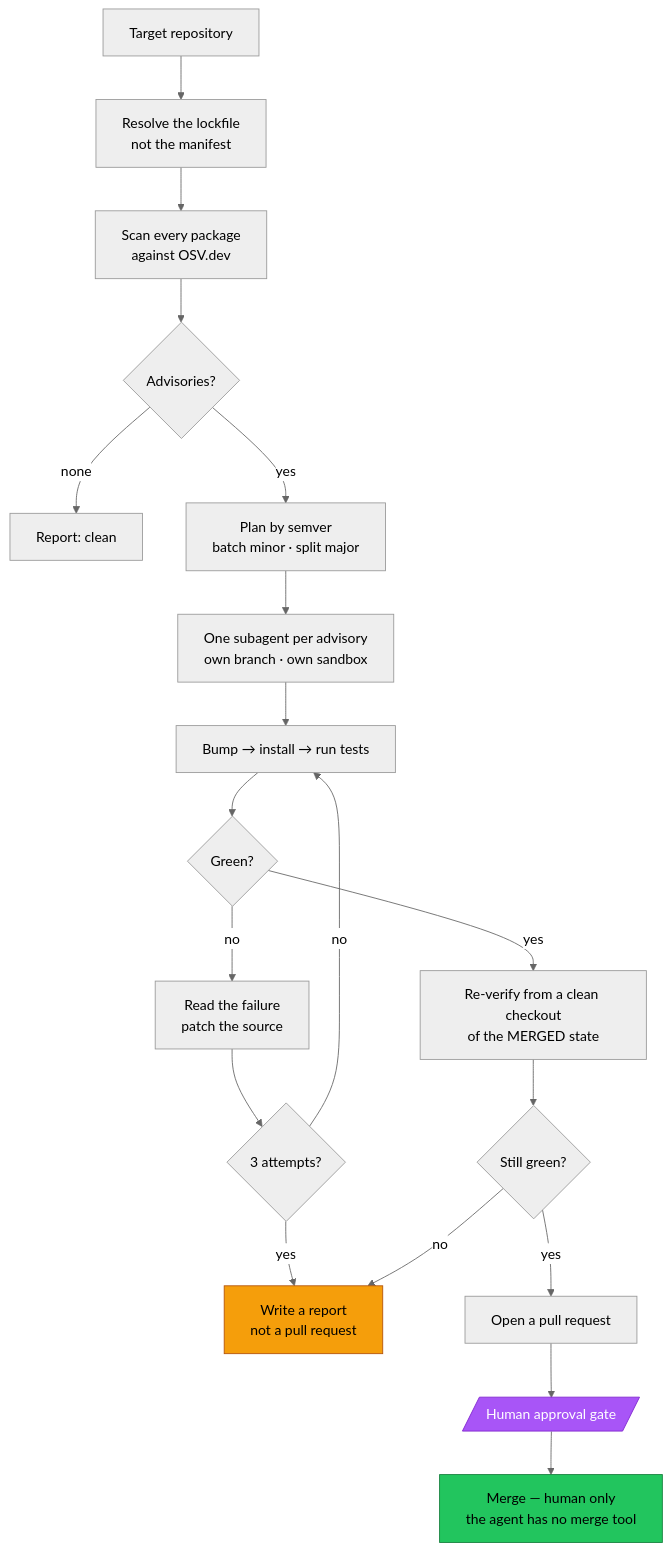
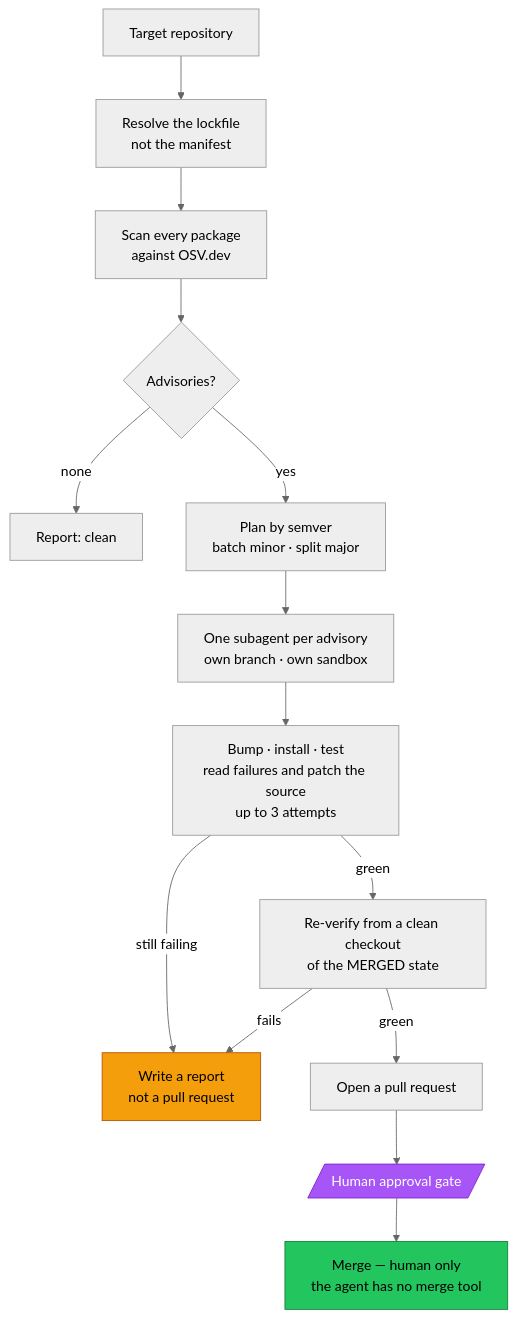
The diagram in README.md (Harsh-bugs4ever/Outsmart), drawn with Mermaid (neutral theme) before and after one commit.

Commit message:
docs: simplify the flowchart
The retry loop edged back to the test node, so mermaid routed it across the
rest of the graph and the diagram read as a tangle. The repair loop is now one
node annotated with its attempt cap, which keeps the flow linear top-to-bottom
without losing the retry-cap or merged-state-reverify branches.

````diff
--- a/README.md
+++ b/README.md
@@ -21,25 +21,20 @@
 ```mermaid
 flowchart TD
     A[Target repository] --> B[Resolve the lockfile<br/>not the manifest]
     B --> C[Scan every package<br/>against OSV.dev]
     C --> D{Advisories?}
     D -->|none| E[Report: clean]
     D -->|yes| F[Plan by semver<br/>batch minor · split major]
     F --> G[One subagent per advisory<br/>own branch · own sandbox]
-    G --> H[Bump → install → run tests]
-    H --> I{Green?}
-    I -->|no| J[Read the failure<br/>patch the source]
-    J --> K{3 attempts?}
-    K -->|no| H
-    K -->|yes| L[Write a report<br/>not a pull request]
-    I -->|yes| M[Re-verify from a clean checkout<br/>of the MERGED state]
-    M --> N{Still green?}
-    N -->|no| L
-    N -->|yes| O[Open a pull request]
+    G --> H[Bump · install · test<br/>read failures and patch the source<br/>up to 3 attempts]
+    H -->|still failing| L[Write a report<br/>not a pull request]
+    H -->|green| M[Re-verify from a clean checkout<br/>of the MERGED state]
+    M -->|fails| L
+    M -->|green| O[Open a pull request]
     O --> P[/Human approval gate/]
-    P --> Q[Merge — human only<br/>the agent has no merge tool]
+    P --> R[Merge — human only<br/>the agent has no merge tool]
 
     style P fill:#a855f7,stroke:#7e22ce,color:#fff
     style L fill:#f59e0b,stroke:#b45309,color:#000
-    style Q fill:#22c55e,stroke:#15803d,color:#000
+    style R fill:#22c55e,stroke:#15803d,color:#000
 ```
````
